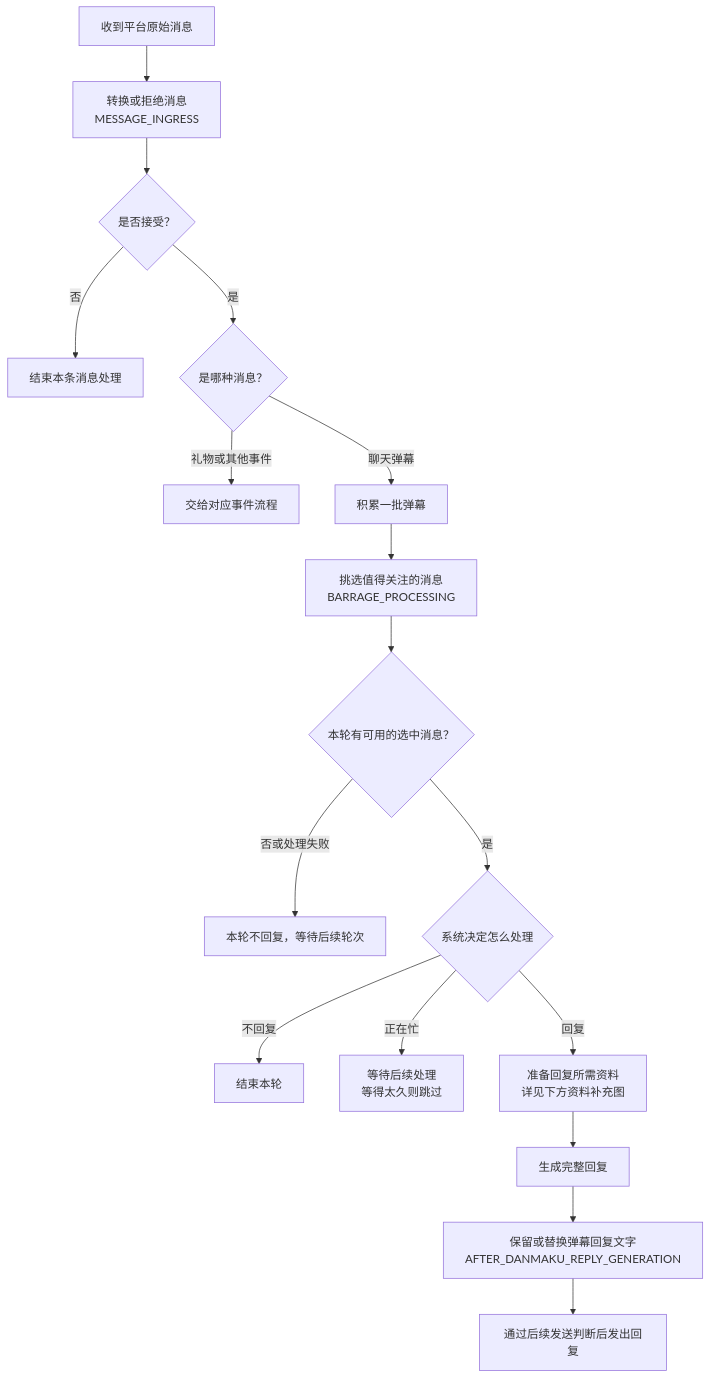
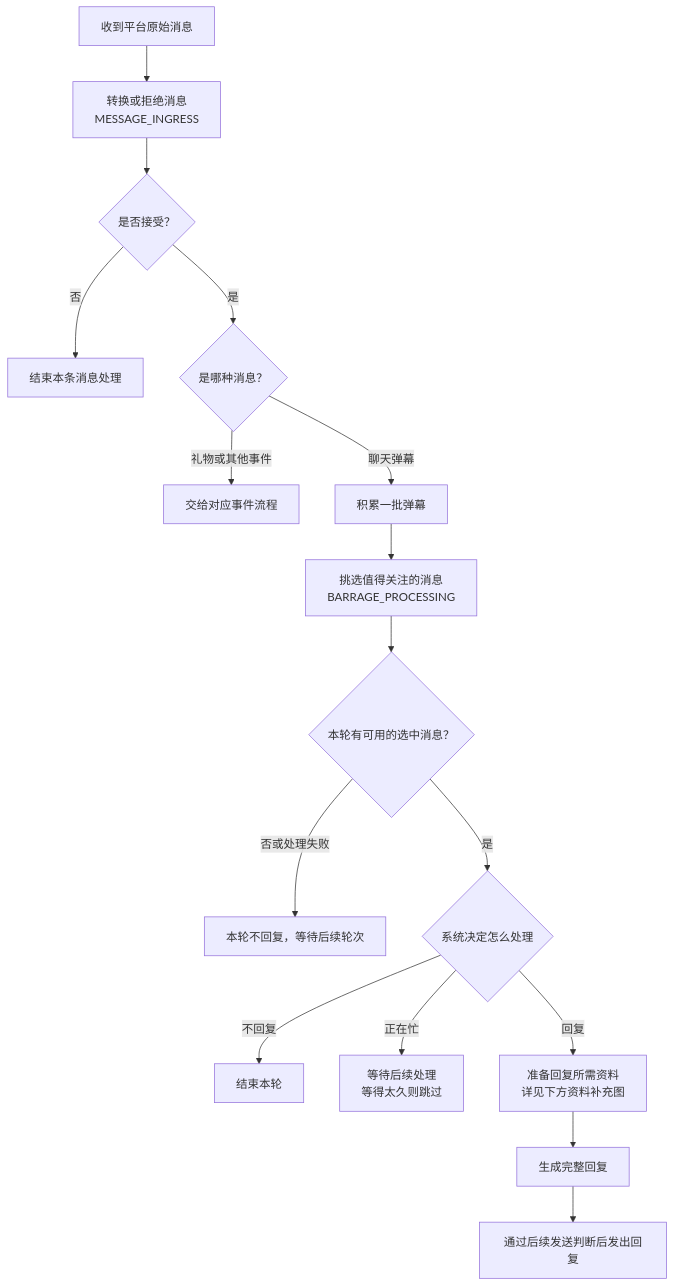
The first of 2 diagrams in docs/hook-contracts.md (shengjiezhang1019-creator/lubi-plugin-market), drawn with Mermaid before and after one commit. The commit also changed other lines of this file and 2 other files, not shown here.

Commit message:
docs: remove unused reply and gift transform hooks

````diff
--- a/docs/hook-contracts.md
+++ b/docs/hook-contracts.md
@@ -17,23 +17,21 @@
 ```mermaid
 flowchart TD
     incoming["收到平台原始消息"] --> ingress["转换或拒绝消息<br/>MESSAGE_INGRESS"]
     ingress --> accepted{"是否接受？"}
     accepted -->|否| stop["结束本条消息处理"]
     accepted -->|是| kind{"是哪种消息？"}
     kind -->|礼物或其他事件| other["交给对应事件流程"]
     kind -->|聊天弹幕| collect["积累一批弹幕"]
     collect --> select["挑选值得关注的消息<br/>BARRAGE_PROCESSING"]
     select --> picked{"本轮有可用的选中消息？"}
     picked -->|否或处理失败| skip["本轮不回复，等待后续轮次"]
     picked -->|是| decision{"系统决定怎么处理"}
     decision -->|不回复| finish["结束本轮"]
     decision -->|正在忙| queue["等待后续处理<br/>等得太久则跳过"]
     decision -->|回复| prepare["准备回复所需资料<br/>详见下方资料补充图"]
     prepare --> generate["生成完整回复"]
-    generate --> transform["保留或替换弹幕回复文字<br/>AFTER_DANMAKU_REPLY_GENERATION"]
-    transform --> send["通过后续发送判断后发出回复"]
+    generate --> send["通过后续发送判断后发出回复"]
 
     click ingress "https://github.com/shengjiezhang1019-creator/lubi-plugin-market/blob/main/docs/hook-contracts.md#message_ingress" "查看消息接入说明"
     click select "https://github.com/shengjiezhang1019-creator/lubi-plugin-market/blob/main/docs/hook-contracts.md#barrage_processing" "查看弹幕筛选说明"
-    click transform "https://github.com/shengjiezhang1019-creator/lubi-plugin-market/blob/main/docs/hook-contracts.md#after_danmaku_reply_generation" "查看回复改写说明"
 ```
````
